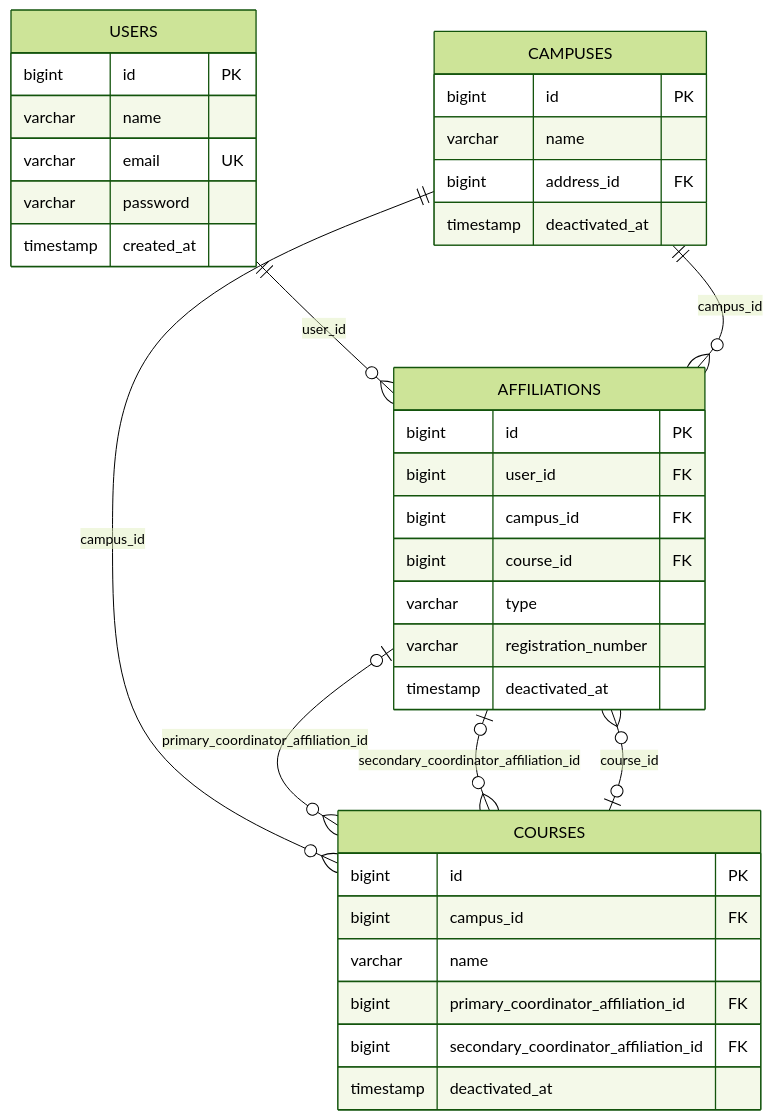
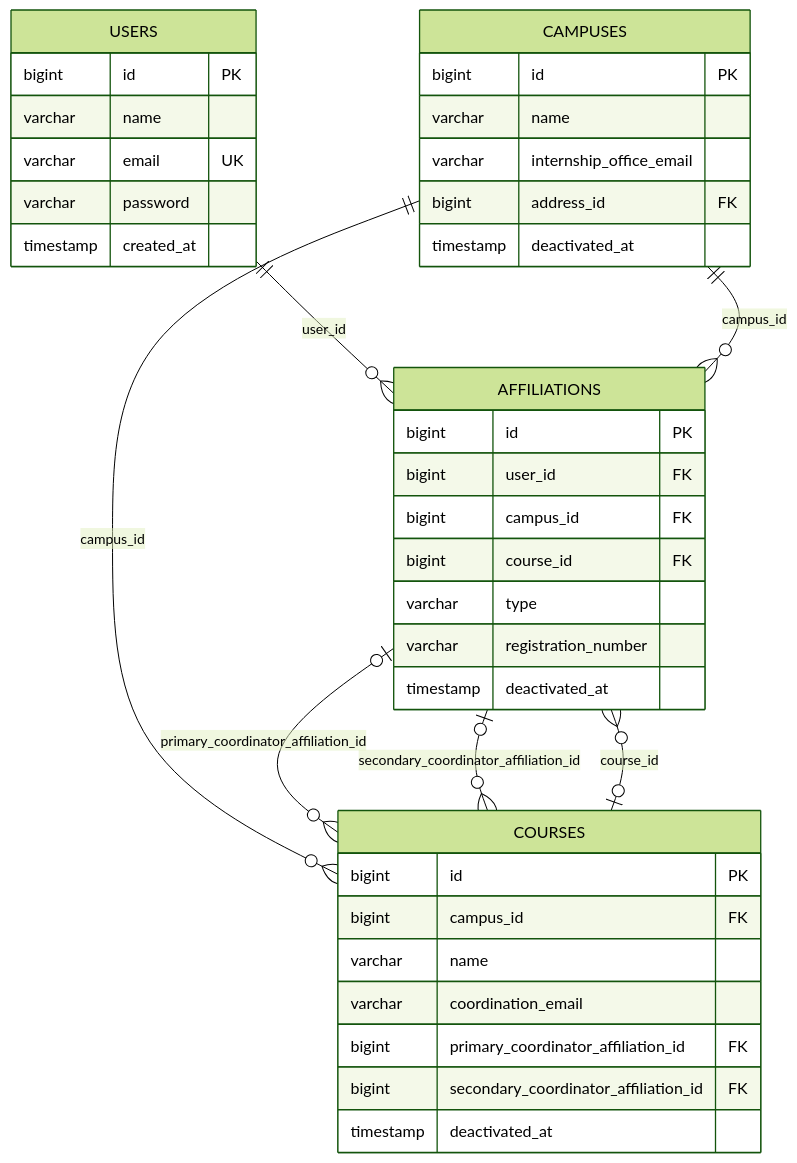
Before and after one commit to sge-suite/docs: the diagram in docs/diagrams/sources/modelo-acesso-erd.mmd, drawn with Mermaid (forest theme). The commit also changed 50 other files, not shown here.

```diff
--- a/docs/diagrams/sources/modelo-acesso-erd.mmd
+++ b/docs/diagrams/sources/modelo-acesso-erd.mmd
@@ -1,38 +1,40 @@
 erDiagram
     USERS ||--o{ AFFILIATIONS : user_id
     CAMPUSES ||--o{ COURSES : campus_id
     CAMPUSES ||--o{ AFFILIATIONS : campus_id
     COURSES o|--o{ AFFILIATIONS : course_id
     AFFILIATIONS o|--o{ COURSES : primary_coordinator_affiliation_id
     AFFILIATIONS o|--o{ COURSES : secondary_coordinator_affiliation_id
 
     USERS {
         bigint id PK
         varchar name
         varchar email UK
         varchar password
         timestamp created_at
     }
     CAMPUSES {
         bigint id PK
         varchar name
+        varchar internship_office_email
         bigint address_id FK
         timestamp deactivated_at
     }
     COURSES {
         bigint id PK
         bigint campus_id FK
         varchar name
+        varchar coordination_email
         bigint primary_coordinator_affiliation_id FK
         bigint secondary_coordinator_affiliation_id FK
         timestamp deactivated_at
     }
     AFFILIATIONS {
         bigint id PK
         bigint user_id FK
         bigint campus_id FK
         bigint course_id FK
         varchar type
         varchar registration_number
         timestamp deactivated_at
     }
```
